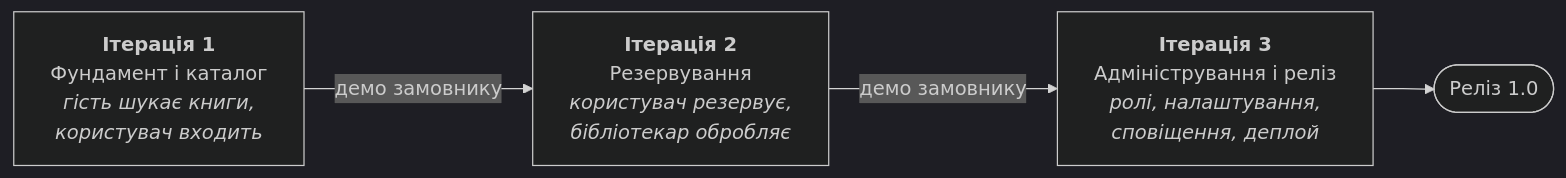
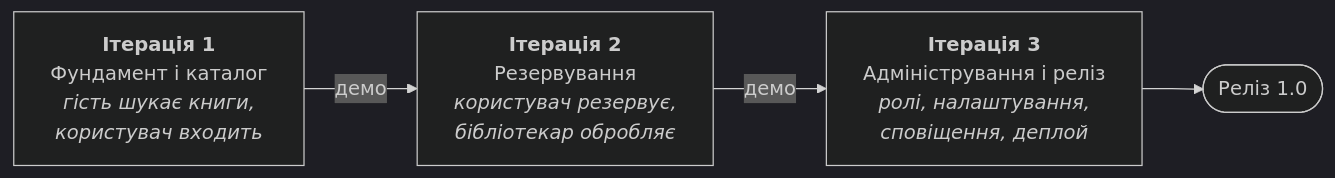
Before and after one commit to Lekvar312/library-book-reservation: the first of 3 diagrams in requirements/Iterations.md, drawn with Mermaid (dark theme). The commit also changed other lines of this file, not shown here.

````diff
--- a/requirements/Iterations.md
+++ b/requirements/Iterations.md
@@ -9,9 +7,9 @@
 ```mermaid
 flowchart LR
     I1["<b>Ітерація 1</b><br/>Фундамент і каталог<br/><i>гість шукає книги,<br/>користувач входить</i>"]
     I2["<b>Ітерація 2</b><br/>Резервування<br/><i>користувач резервує,<br/>бібліотекар обробляє</i>"]
     I3["<b>Ітерація 3</b><br/>Адміністрування і реліз<br/><i>ролі, налаштування,<br/>сповіщення, деплой</i>"]
     R(["Реліз 1.0"])
 
-    I1 -->|демо замовнику| I2 -->|демо замовнику| I3 --> R
+    I1 -->|демо| I2 -->|демо| I3 --> R
 ```
````
